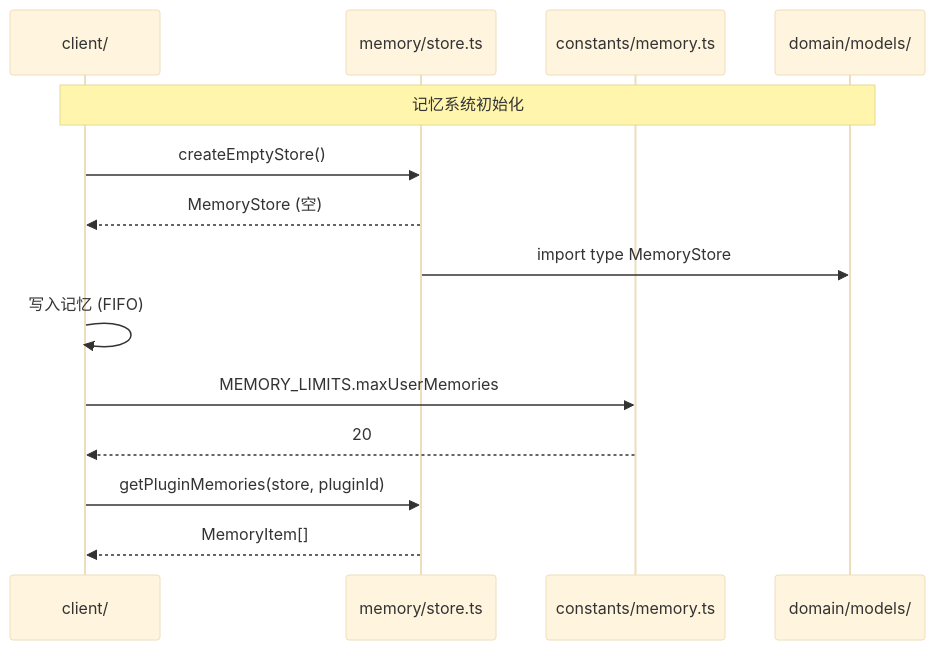
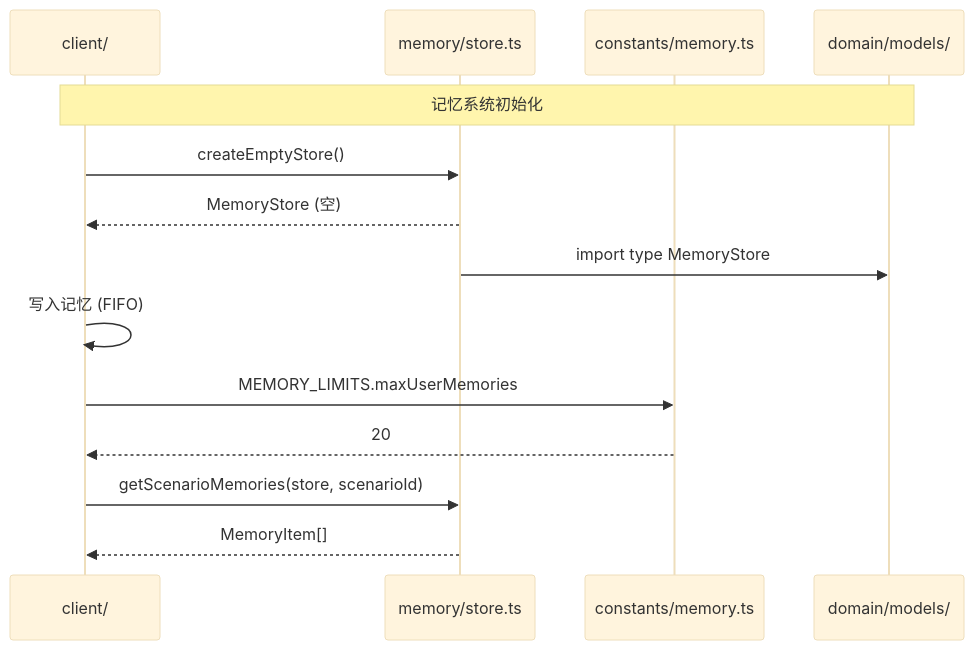
One commit to yjzaaa/leave-approval-agent changed the third of 3 diagrams in src/infrastructure/CLAUDE.md. Above: the diagram before and after it, drawn with Mermaid (base theme). The commit also changed other lines of this file and 80 other files, not shown here.

First line of the commit message:
refactor: Plugin → Scenario 全局重命名，消除业务术语歧义

````diff
--- a/src/infrastructure/CLAUDE.md
+++ b/src/infrastructure/CLAUDE.md
@@ -87,20 +87,20 @@
 ```mermaid
 sequenceDiagram
     participant Client as client/
     participant Store as memory/store.ts
     participant Limits as constants/memory.ts
     participant Domain as domain/models/
 
     Note over Client,Domain: 记忆系统初始化
 
     Client->>Store: createEmptyStore()
     Store-->>Client: MemoryStore (空)
     Store->>Domain: import type MemoryStore
 
     Client->>Client: 写入记忆 (FIFO)
     Client->>Limits: MEMORY_LIMITS.maxUserMemories
     Limits-->>Client: 20
 
-    Client->>Store: getPluginMemories(store, pluginId)
+    Client->>Store: getScenarioMemories(store, scenarioId)
     Store-->>Client: MemoryItem[]
 ```
````
